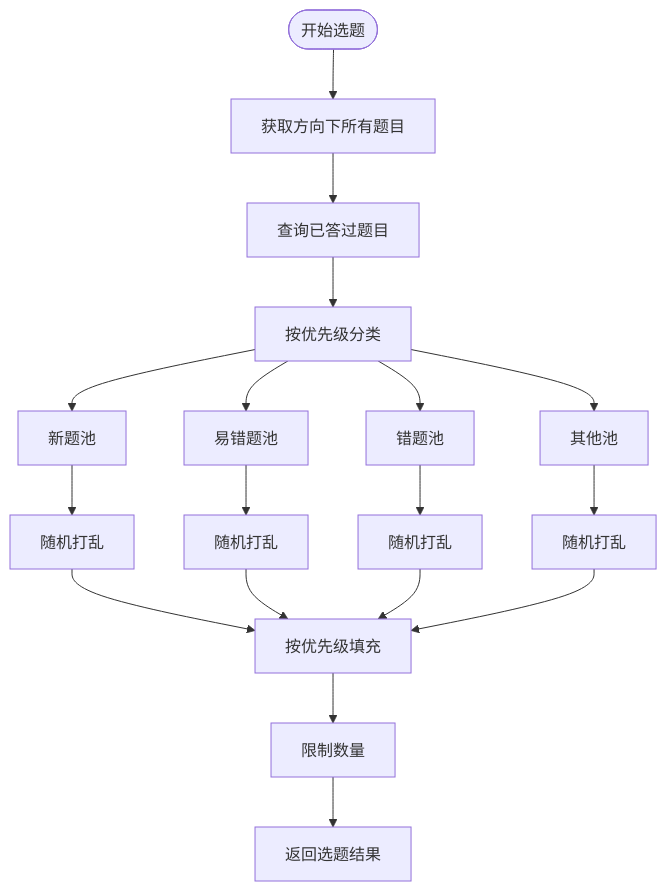
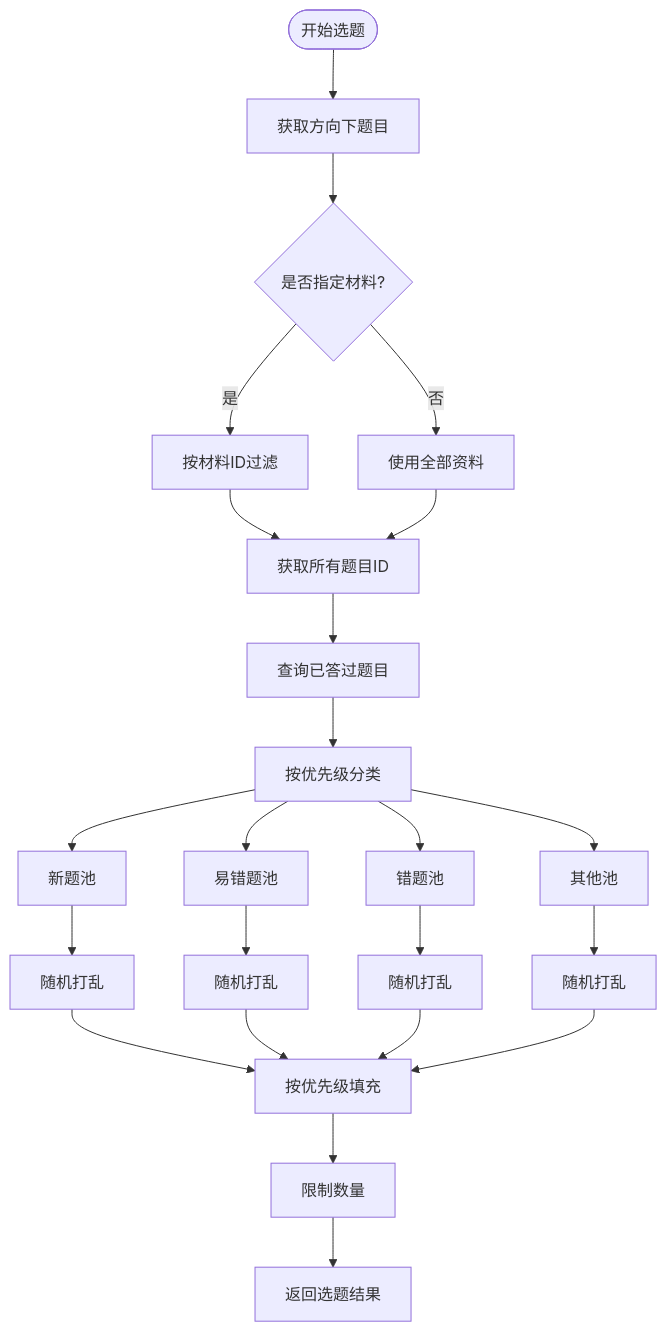
The fourth of 10 diagrams in .qoder/repowiki/zh/content/核心功能模块/测验评估系统.md (zhiwenli-jack/personal-learning-manager), drawn with Mermaid before and after one commit. The commit also changed other lines of this file and 6 other files, not shown here.

````diff
--- a/.qoder/repowiki/zh/content/核心功能模块/测验评估系统.md
+++ b/.qoder/repowiki/zh/content/核心功能模块/测验评估系统.md
@@ -230,20 +232,25 @@
 ```mermaid
 flowchart TD
-Start(["开始选题"]) --> GetAll["获取方向下所有题目"]
+Start(["开始选题"]) --> GetDirection["获取方向下题目"]
+GetDirection --> FilterMaterial{"是否指定材料?"}
+FilterMaterial --> |是| FilterByMaterial["按材料ID过滤"]
+FilterMaterial --> |否| AllMaterials["使用全部资料"]
+FilterByMaterial --> GetAll["获取所有题目ID"]
+AllMaterials --> GetAll
 GetAll --> GetAnswered["查询已答过题目"]
 GetAnswered --> Classify["按优先级分类"]
 Classify --> New["新题池"]
 Classify --> ErrorProne["易错题池"]
 Classify --> Mistake["错题池"]
 Classify --> Other["其他池"]
 New --> Shuffle1["随机打乱"]
 ErrorProne --> Shuffle2["随机打乱"]
 Mistake --> Shuffle3["随机打乱"]
 Other --> Shuffle4["随机打乱"]
 Shuffle1 --> Fill["按优先级填充"]
 Shuffle2 --> Fill
 Shuffle3 --> Fill
 Shuffle4 --> Fill
 Fill --> Limit["限制数量"]
 Limit --> Result["返回选题结果"]
 ```
````
